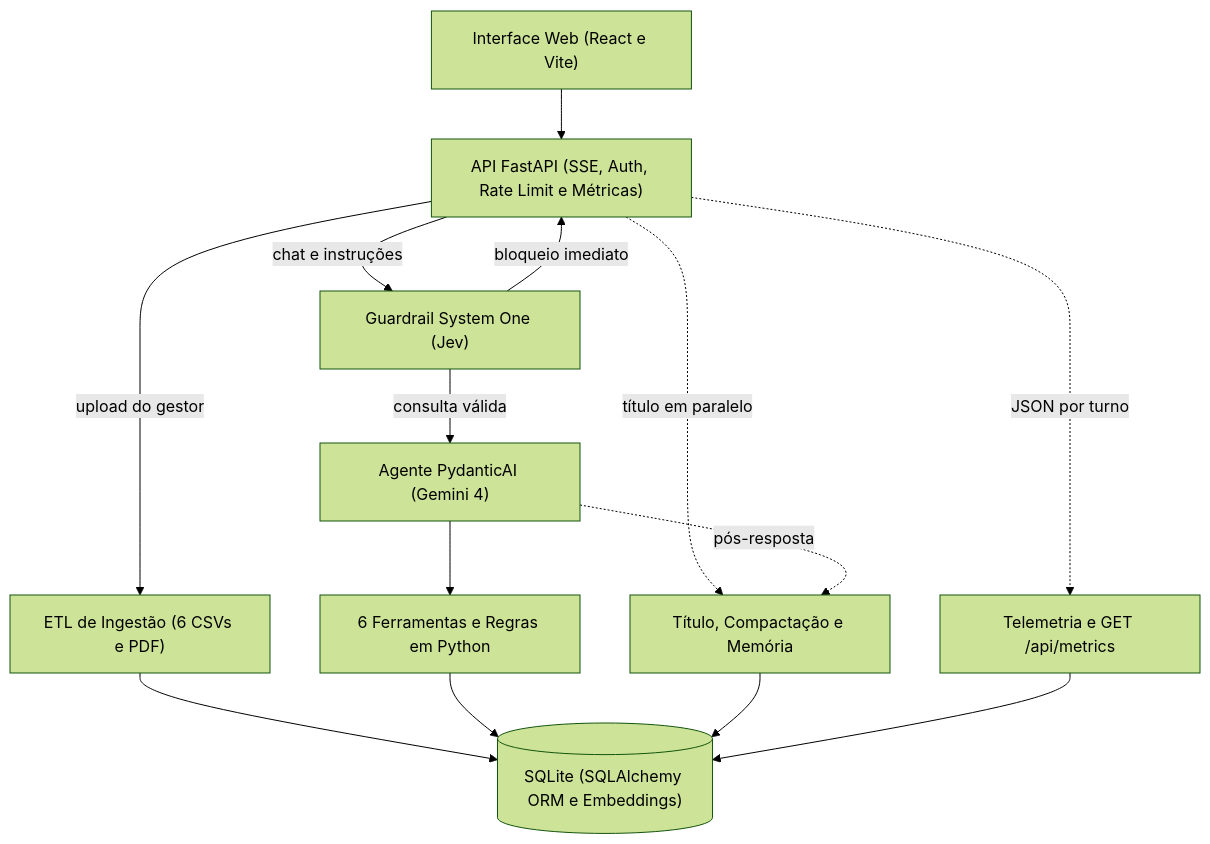
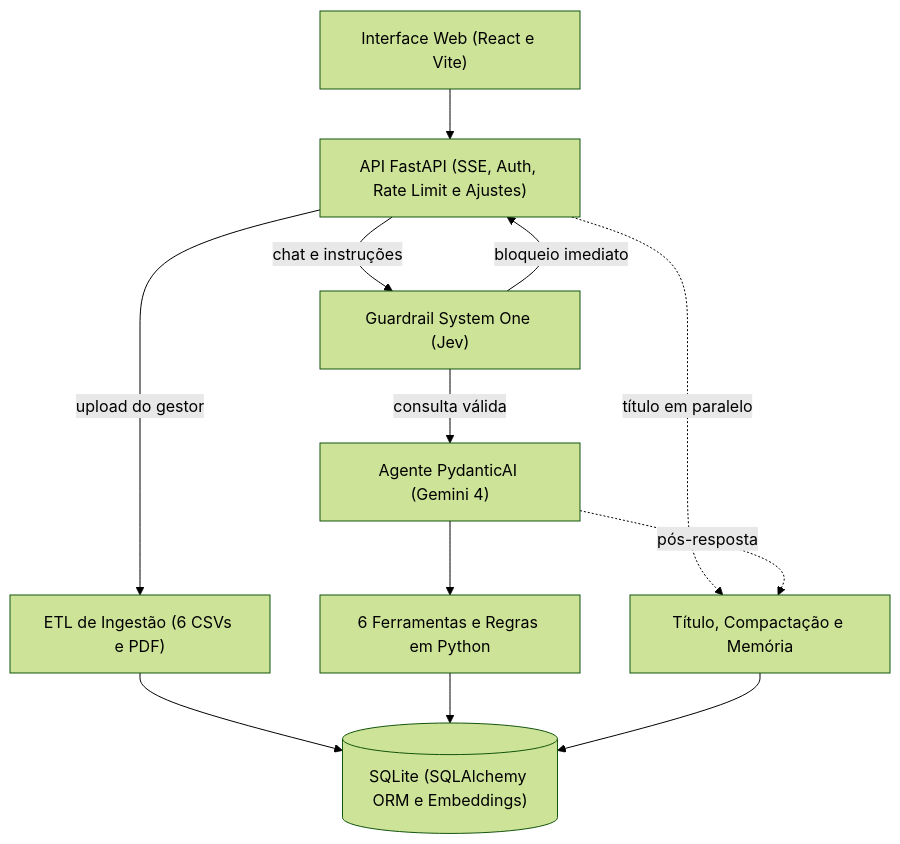
The diagram in README.md (diogo-artefact/desafio-ai-engineer-artefact), drawn with Mermaid (forest theme) before and after one commit. The commit also changed other lines of this file and 13 other files, not shown here.

Commit message:
refactor: remove turn observability, keep rate limit and document observability as next step

````diff
--- a/README.md
+++ b/README.md
@@ -77,19 +77,17 @@
 ```mermaid
 flowchart TD
-    UI["Interface Web (React e Vite)"] --> API["API FastAPI (SSE, Auth, Rate Limit e Métricas)"]
+    UI["Interface Web (React e Vite)"] --> API["API FastAPI (SSE, Auth, Rate Limit e Ajustes)"]
 
     API -->|chat e instruções| JEV["Guardrail System One (Jev)"]
     JEV -->|bloqueio imediato| API
     JEV -->|consulta válida| AGENT["Agente PydanticAI (Gemini 4)"]
 
     AGENT --> TOOLS["6 Ferramentas e Regras em Python"]
     API -.->|título em paralelo| MEM["Título, Compactação e Memória"]
     AGENT -.->|pós-resposta| MEM
-    API -.->|JSON por turno| OBS["Telemetria e GET /api/metrics"]
 
     API -->|upload do gestor| ETL["ETL de Ingestão (6 CSVs e PDF)"]
     ETL --> DB[("SQLite (SQLAlchemy ORM e Embeddings)")]
     TOOLS --> DB
     MEM --> DB
-    OBS --> DB
 ```
````
